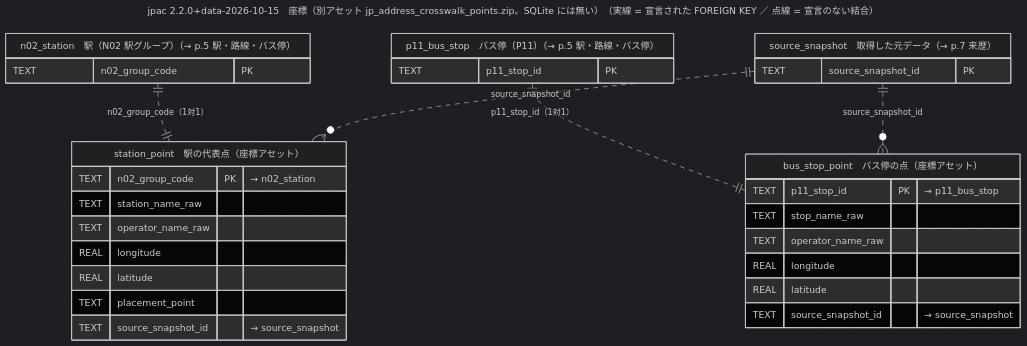
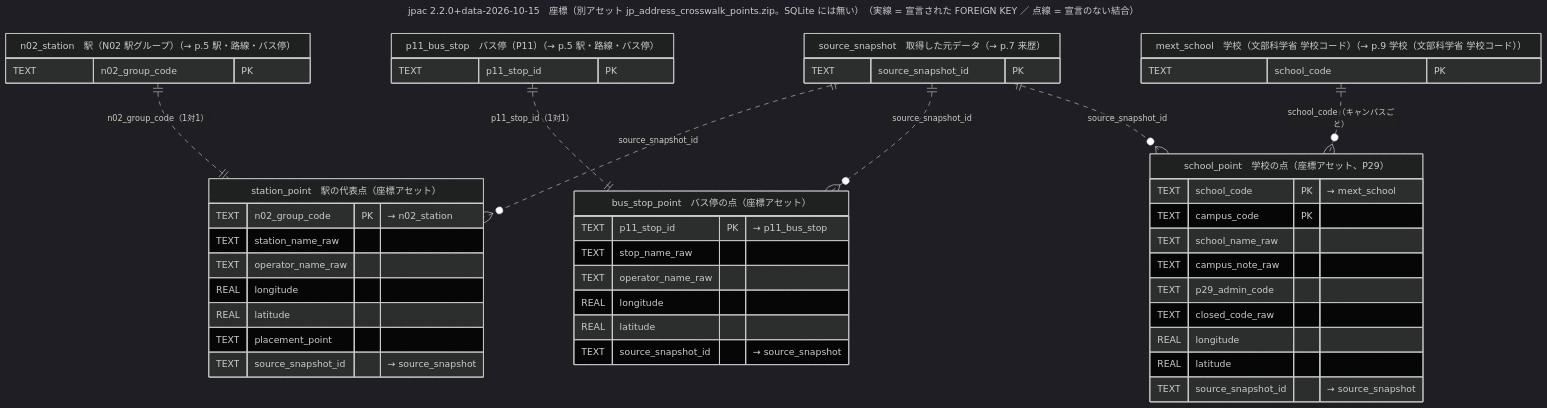
The diagram in docs/diagrams/er/07-points.mmd (Retro-Maid/jpac), drawn with Mermaid (dark theme) before and after one commit. The commit also changed 20 other files, not shown here.

```diff
--- a/docs/diagrams/er/07-points.mmd
+++ b/docs/diagrams/er/07-points.mmd
@@ -1,34 +1,50 @@
 ---
 title: jpac 2.2.0+data-2026-10-15　座標（別アセット jp_address_crosswalk_points.zip。SQLite には無い）　（実線 = 宣言された FOREIGN KEY ／ 点線 = 宣言のない結合）
 ---
 erDiagram
   n02_station ||..|| station_point : "n02_group_code（1対1）"
   p11_bus_stop ||..|| bus_stop_point : "p11_stop_id（1対1）"
   source_snapshot ||..o{ station_point : "source_snapshot_id"
   source_snapshot ||..o{ bus_stop_point : "source_snapshot_id"
+  mext_school ||..o{ school_point : "school_code（キャンパスごと）"
+  source_snapshot ||..o{ school_point : "source_snapshot_id"
   station_point["station_point　駅の代表点（座標アセット）"] {
     TEXT n02_group_code PK "→ n02_station"
     TEXT station_name_raw
     TEXT operator_name_raw
     REAL longitude
     REAL latitude
     TEXT placement_point
     TEXT source_snapshot_id  "→ source_snapshot"
   }
   bus_stop_point["bus_stop_point　バス停の点（座標アセット）"] {
     TEXT p11_stop_id PK "→ p11_bus_stop"
     TEXT stop_name_raw
     TEXT operator_name_raw
     REAL longitude
     REAL latitude
     TEXT source_snapshot_id  "→ source_snapshot"
   }
+  school_point["school_point　学校の点（座標アセット、P29）"] {
+    TEXT school_code PK "→ mext_school"
+    TEXT campus_code PK
+    TEXT school_name_raw
+    TEXT campus_note_raw
+    TEXT p29_admin_code
+    TEXT closed_code_raw
+    REAL longitude
+    REAL latitude
+    TEXT source_snapshot_id  "→ source_snapshot"
+  }
+  mext_school["mext_school　学校（文部科学省 学校コード）（→ p.9 学校（文部科学省 学校コード））"] {
+    TEXT school_code PK
+  }
   n02_station["n02_station　駅（N02 駅グループ）（→ p.5 駅・路線・バス停）"] {
     TEXT n02_group_code PK
   }
   p11_bus_stop["p11_bus_stop　バス停（P11）（→ p.5 駅・路線・バス停）"] {
     TEXT p11_stop_id PK
   }
   source_snapshot["source_snapshot　取得した元データ（→ p.7 来歴）"] {
     TEXT source_snapshot_id PK
   }
```
